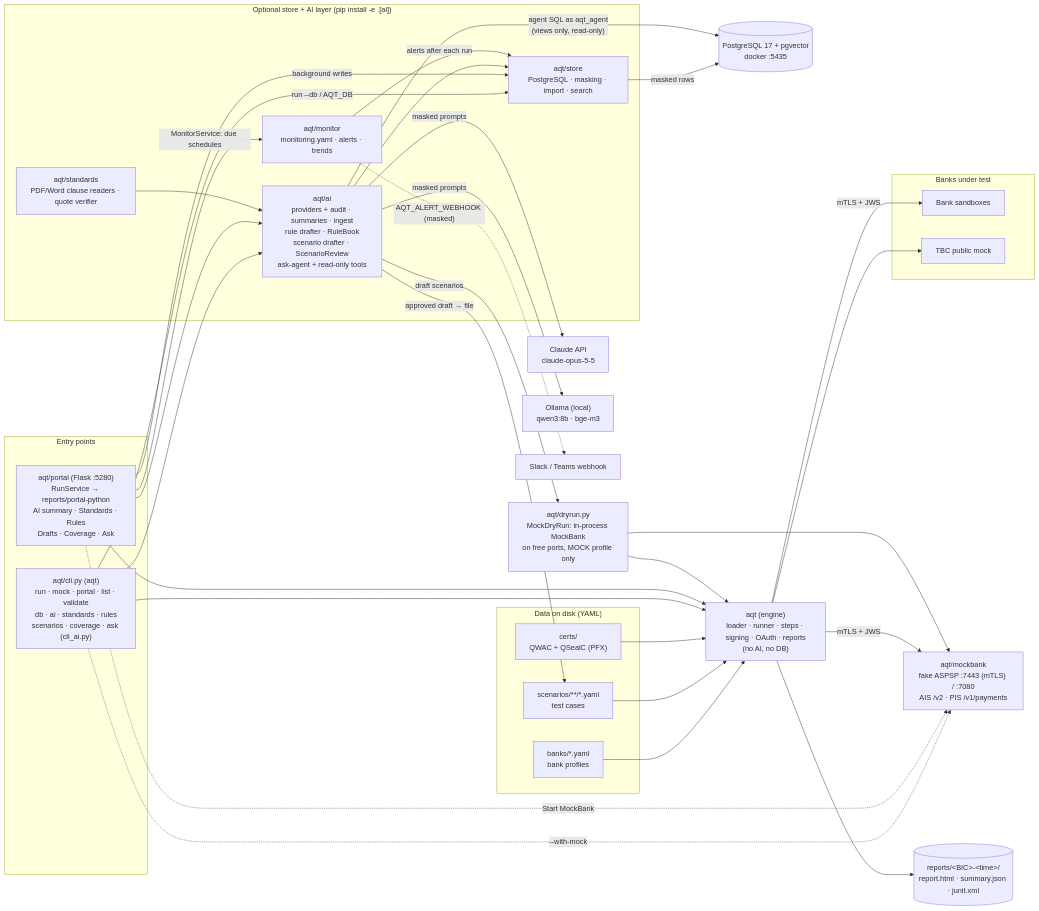
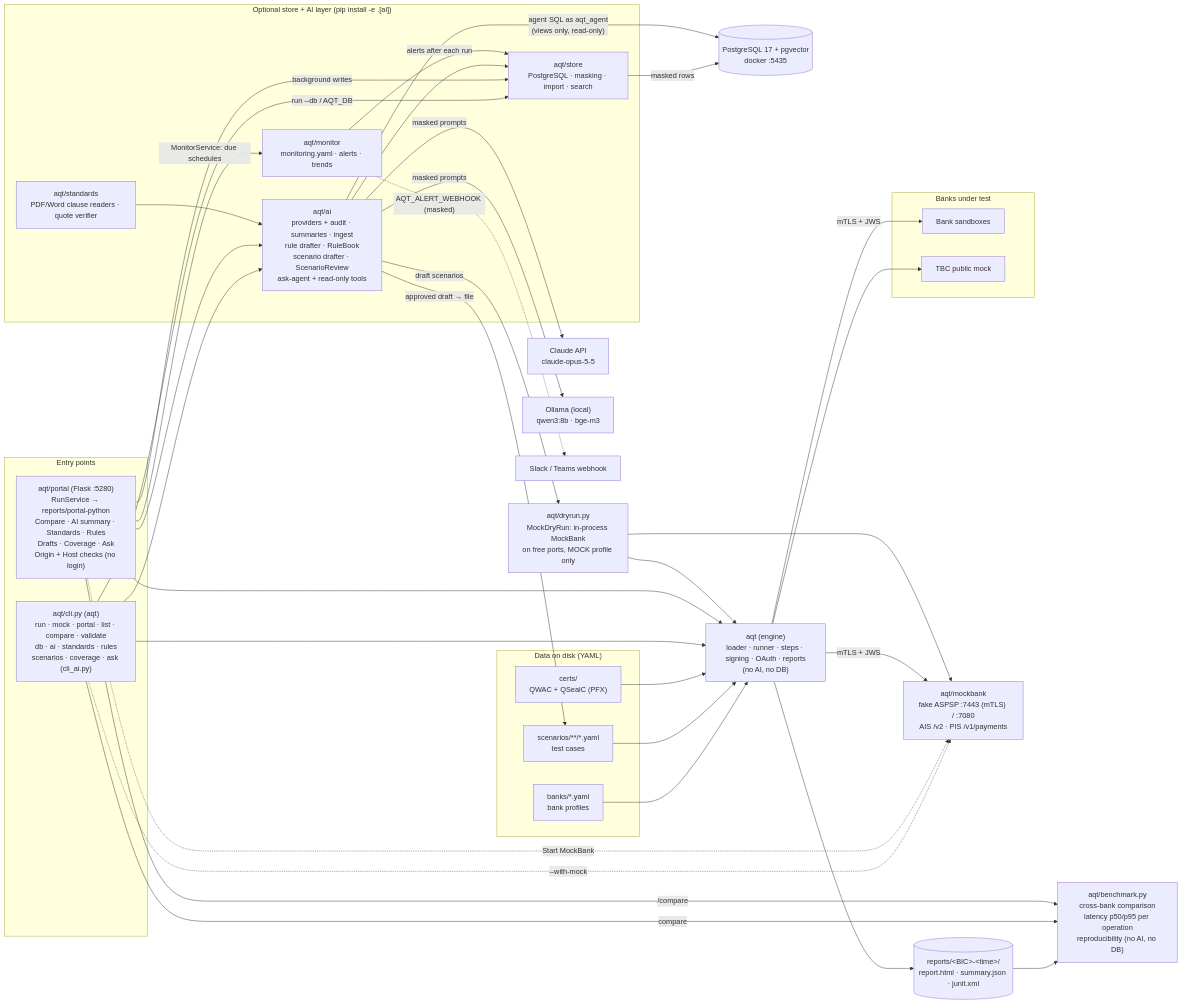
Before and after one commit to levan-petrosiani/Aurasoft-Monitoring: the first of 12 diagrams in ARCHITECTURE.md, drawn with Mermaid. The commit also changed other lines of this file and 12 other files, not shown here.

Commit message:
Cross-bank comparison with latency p50/p95, portal CSRF/Host checks, --sca-auto enforced in the CLI, README guardrails and licences

````diff
--- a/ARCHITECTURE.md
+++ b/ARCHITECTURE.md
@@ -13,63 +13,67 @@
 ```mermaid
 flowchart LR
     subgraph Inputs["Data on disk (YAML)"]
         Banks["banks/*.yaml<br/>bank profiles"]
         Scen["scenarios/**/*.yaml<br/>test cases"]
         Certs["certs/<br/>QWAC + QSealC (PFX)"]
     end
 
     subgraph Hosts["Entry points"]
-        Cli["aqt/cli.py (aqt)<br/>run · mock · portal · list · validate<br/>db · ai · standards · rules<br/>scenarios · coverage · ask (cli_ai.py)"]
-        Portal["aqt/portal (Flask :5280)<br/>RunService → reports/portal-python<br/>AI summary · Standards · Rules<br/>Drafts · Coverage · Ask"]
+        Cli["aqt/cli.py (aqt)<br/>run · mock · portal · list · compare · validate<br/>db · ai · standards · rules<br/>scenarios · coverage · ask (cli_ai.py)"]
+        Portal["aqt/portal (Flask :5280)<br/>RunService → reports/portal-python<br/>Compare · AI summary · Standards · Rules<br/>Drafts · Coverage · Ask<br/>Origin + Host checks (no login)"]
     end
 
     subgraph AiLayer["Optional store + AI layer (pip install -e .[ai])"]
         Store["aqt/store<br/>PostgreSQL · masking · import · search"]
         Std["aqt/standards<br/>PDF/Word clause readers · quote verifier"]
         Mon["aqt/monitor<br/>monitoring.yaml · alerts · trends"]
         AI["aqt/ai<br/>providers + audit · summaries · ingest<br/>rule drafter · RuleBook<br/>scenario drafter · ScenarioReview<br/>ask-agent + read-only tools"]
     end
     PG[("PostgreSQL 17 + pgvector<br/>docker :5435")]
     Claude["Claude API<br/>claude-opus-5-5"]
     Ollama["Ollama (local)<br/>qwen3:8b · bge-m3"]
 
     Engine["aqt (engine)<br/>loader · runner · steps · signing · OAuth · reports<br/>(no AI, no DB)"]
     Mock["aqt/mockbank<br/>fake ASPSP :7443 (mTLS) / :7080<br/>AIS /v2 · PIS /v1/payments"]
     Dry["aqt/dryrun.py<br/>MockDryRun: in-process MockBank<br/>on free ports, MOCK profile only"]
     Reports[("reports/&lt;BIC&gt;-&lt;time&gt;/<br/>report.html · summary.json · junit.xml")]
+    Bench["aqt/benchmark.py<br/>cross-bank comparison<br/>latency p50/p95 per operation<br/>reproducibility (no AI, no DB)"]
 
     subgraph Targets["Banks under test"]
         Real["Bank sandboxes"]
         TbcMock["TBC public mock"]
     end
 
     Banks --> Engine
     Scen --> Engine
     Certs --> Engine
     Cli --> Engine
     Portal --> Engine
     Cli -. "--with-mock" .-> Mock
     Portal -. "Start MockBank" .-> Mock
     Engine -- "mTLS + JWS" --> Mock
     Engine -- "mTLS + JWS" --> Real
     Engine --> TbcMock
     Engine --> Reports
+    Reports --> Bench
+    Cli -- "compare" --> Bench
+    Portal -- "/compare" --> Bench
 
     Cli -- "run --db / AQT_DB" --> Store
     Portal -- "background writes" --> Store
     Cli --> AI
     Portal --> AI
     Std --> AI
     AI -- "draft scenarios" --> Dry
     Dry --> Engine
     Dry --> Mock
     AI -- "approved draft → file" --> Scen
     AI --> Store
     Store -- "masked rows" --> PG
     Portal -- "MonitorService: due schedules" --> Mon
     Mon -- "alerts after each run" --> Store
     Mon -. "AQT_ALERT_WEBHOOK (masked)" .-> Hook["Slack / Teams webhook"]
     AI -- "agent SQL as aqt_agent<br/>(views only, read-only)" --> PG
     AI -- "masked prompts" --> Claude
     AI -- "masked prompts" --> Ollama
 ```
````
